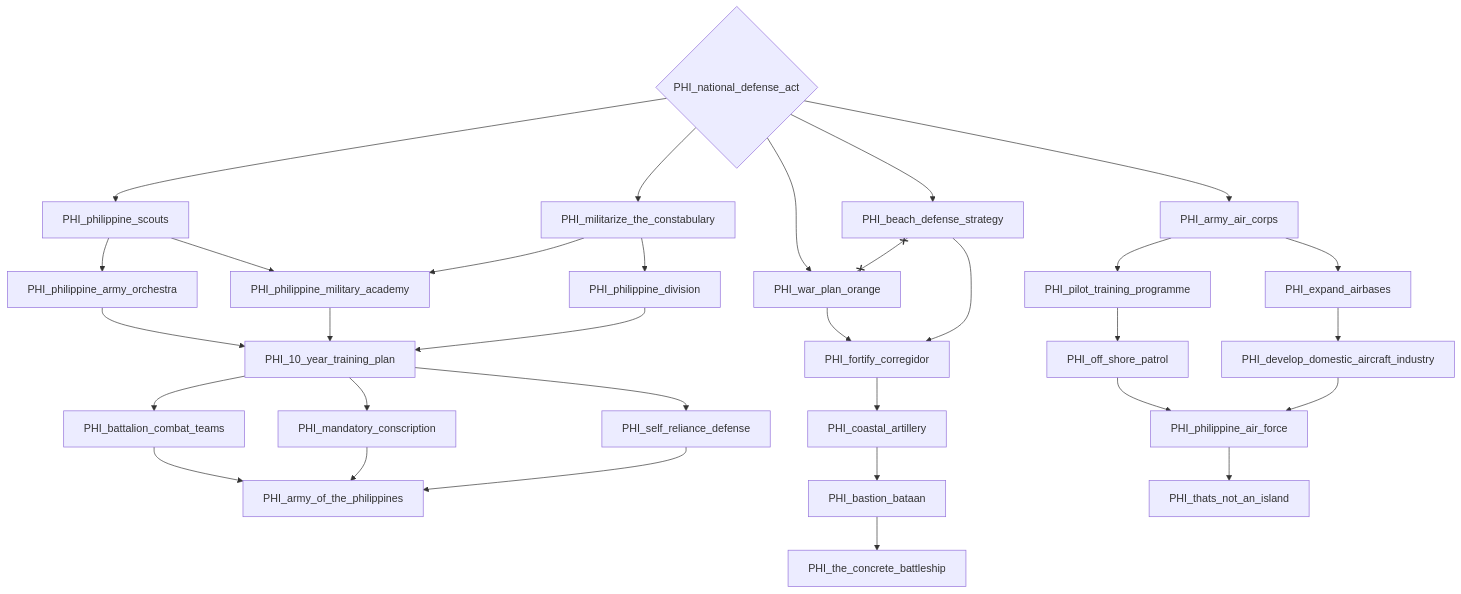
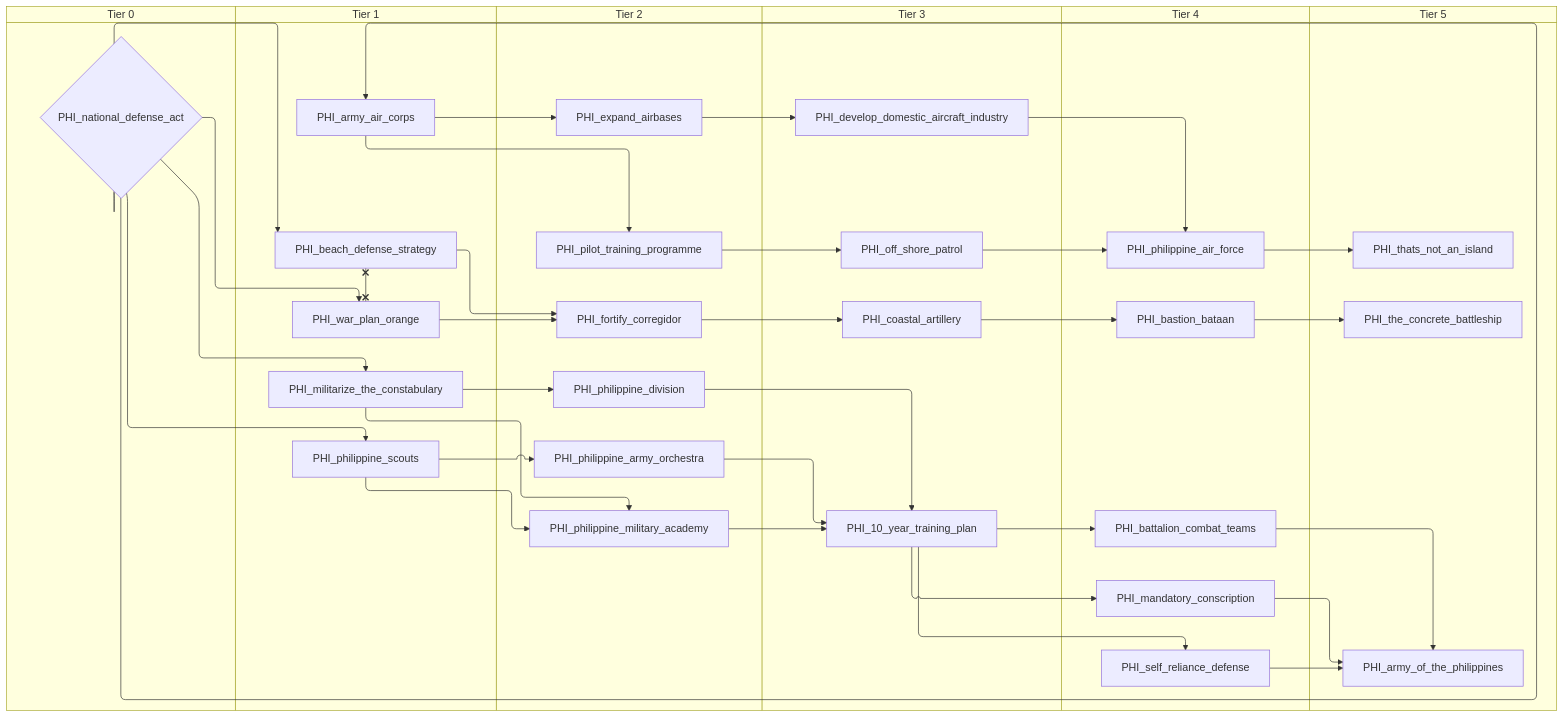
Before and after one commit to evgeny-sobol/hoi4-sandbox-mode-r56: the third of 7 diagrams in docs/gdd/National Focuses/r56/philippines.md, drawn with Mermaid. The commit also changed other lines of this file and 423 other files, not shown here.

First line of the commit message:
Re-export Rt56 focus trees as swimlane diagrams

````diff
--- a/docs/gdd/National Focuses/r56/philippines.md
+++ b/docs/gdd/National Focuses/r56/philippines.md
@@ -271,58 +315,70 @@
 ```mermaid
-flowchart TD
-    n95["PHI_10_year_training_plan"]
-    n96["PHI_army_air_corps"]
-    n97["PHI_army_of_the_philippines"]
-    n98["PHI_bastion_bataan"]
-    n99["PHI_battalion_combat_teams"]
-    n100["PHI_beach_defense_strategy"]
-    n101["PHI_coastal_artillery"]
-    n102["PHI_develop_domestic_aircraft_industry"]
-    n103["PHI_expand_airbases"]
-    n104["PHI_fortify_corregidor"]
-    n105["PHI_mandatory_conscription"]
-    n106["PHI_militarize_the_constabulary"]
-    n107{"PHI_national_defense_act"}
-    n108["PHI_off_shore_patrol"]
-    n109["PHI_philippine_air_force"]
-    n110["PHI_philippine_army_orchestra"]
-    n111["PHI_philippine_division"]
-    n112["PHI_philippine_military_academy"]
-    n113["PHI_philippine_scouts"]
-    n114["PHI_pilot_training_programme"]
-    n115["PHI_self_reliance_defense"]
-    n116["PHI_thats_not_an_island"]
-    n117["PHI_the_concrete_battleship"]
-    n118["PHI_war_plan_orange"]
-    n110 --> n95
-    n112 --> n95
-    n111 --> n95
-    n107 --> n96
-    n99 --> n97
-    n105 --> n97
-    n115 --> n97
-    n101 --> n98
+swimlane-beta TD
+    subgraph tier_0["Tier 0"]
+        n95{"PHI_national_defense_act"}
+    end
+    subgraph tier_1["Tier 1"]
+        n96["PHI_army_air_corps"]
+        n97["PHI_beach_defense_strategy"]
+        n98["PHI_militarize_the_constabulary"]
+        n99["PHI_philippine_scouts"]
+        n100["PHI_war_plan_orange"]
+    end
+    subgraph tier_2["Tier 2"]
+        n101["PHI_expand_airbases"]
+        n102["PHI_fortify_corregidor"]
+        n103["PHI_philippine_army_orchestra"]
+        n104["PHI_philippine_division"]
+        n105["PHI_philippine_military_academy"]
+        n106["PHI_pilot_training_programme"]
+    end
+    subgraph tier_3["Tier 3"]
+        n107["PHI_10_year_training_plan"]
+        n108["PHI_coastal_artillery"]
+        n109["PHI_develop_domestic_aircraft_industry"]
+        n110["PHI_off_shore_patrol"]
+    end
+    subgraph tier_4["Tier 4"]
+        n111["PHI_bastion_bataan"]
+        n112["PHI_battalion_combat_teams"]
+        n113["PHI_mandatory_conscription"]
+        n114["PHI_philippine_air_force"]
+        n115["PHI_self_reliance_defense"]
+    end
+    subgraph tier_5["Tier 5"]
+        n116["PHI_army_of_the_philippines"]
+        n117["PHI_thats_not_an_island"]
+        n118["PHI_the_concrete_battleship"]
+    end
+    n103 --> n107
+    n105 --> n107
+    n104 --> n107
+    n95 --> n96
+    n112 --> n116
+    n113 --> n116
+    n115 --> n116
+    n108 --> n111
+    n107 --> n112
+    n95 --> n97
+    n102 --> n108
+    n101 --> n109
+    n96 --> n101
+    n100 --> n102
+    n97 --> n102
+    n107 --> n113
+    n95 --> n98
+    n106 --> n110
+    n110 --> n114
+    n109 --> n114
+    n99 --> n103
+    n98 --> n104
+    n99 --> n105
+    n98 --> n105
     n95 --> n99
-    n107 --> n100
-    n104 --> n101
-    n103 --> n102
-    n96 --> n103
-    n118 --> n104
-    n100 --> n104
-    n95 --> n105
-    n107 --> n106
-    n114 --> n108
-    n108 --> n109
-    n102 --> n109
-    n113 --> n110
-    n106 --> n111
-    n113 --> n112
-    n106 --> n112
-    n107 --> n113
-    n96 --> n114
-    n95 --> n115
-    n109 --> n116
-    n98 --> n117
-    n107 --> n118
-    n100 x--x n118
+    n96 --> n106
+    n107 --> n115
+    n114 --> n117
+    n111 --> n118
+    n95 --> n100
+    n97 x--x n100
 ```
````
